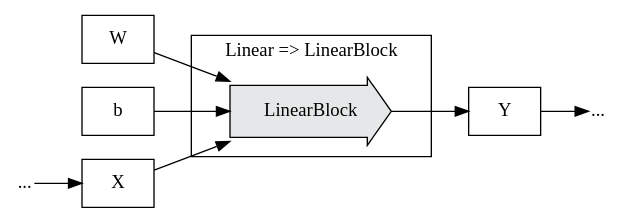
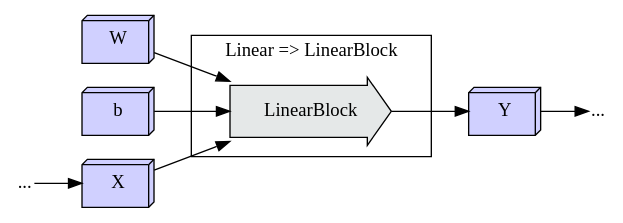
One commit to crutcher/crutcher.github.io-source changed diagram 40 of 55 in source/Tapestry/index.md. Above: the diagram before and after it, drawn with Graphviz. The commit also changed other lines of this file and 2 other files, not shown here.

````diff
--- a/source/Tapestry/index.md
+++ b/source/Tapestry/index.md
@@ -5622,27 +5692,26 @@
 ```graphviz
 digraph G {
     rankdir=LR;
-    
-    X, W, b, Y [shape=box];
+    X, W, b, Y [shape=box3d, fillcolor="#d0d0ff", style=filled];
     
     subgraph cluster_0 {
       label="Linear => LinearBlock";
       LinearBlock [
           label=LinearBlock,
           shape=rarrow,
           style=filled,
           fillcolor="#E5E8E8",
           margin=0.25
       ];
     }
 
     X -> LinearBlock;
     W -> LinearBlock;
     b -> LinearBlock;
     LinearBlock -> Y;
     
     G1, G2 [label="...", shape=plain];
     G1 -> X;
     Y -> G2;
 }
 ```
````
